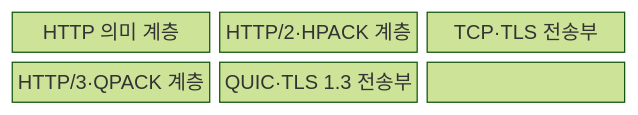
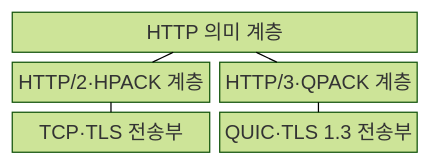
One commit to agnusdei1207/knowledge-base changed the first of 2 diagrams in src/content/docs/notes/04-network/108_http2_http3_comparison.md. Above: the diagram before and after it, drawn with Mermaid (forest theme). The commit also changed other lines of this file and 16 other files, not shown here.

````diff
--- a/src/content/docs/notes/04-network/108_http2_http3_comparison.md
+++ b/src/content/docs/notes/04-network/108_http2_http3_comparison.md
@@ -58,11 +58,13 @@
 ```mermaid
 block-beta
-    columns 3
-    A["HTTP 의미 계층"]
+    columns 2
+    A["HTTP 의미 계층"]:2
     B["HTTP/2·HPACK 계층"]
+    D["HTTP/3·QPACK 계층"]
     C["TCP·TLS 전송부"]
-    D["HTTP/3·QPACK 계층"]
     E["QUIC·TLS 1.3 전송부"]
-    A --- B --- C
-    C --- D --- E
+    A --- B
+    A --- D
+    B --- C
+    D --- E
 ```
````
